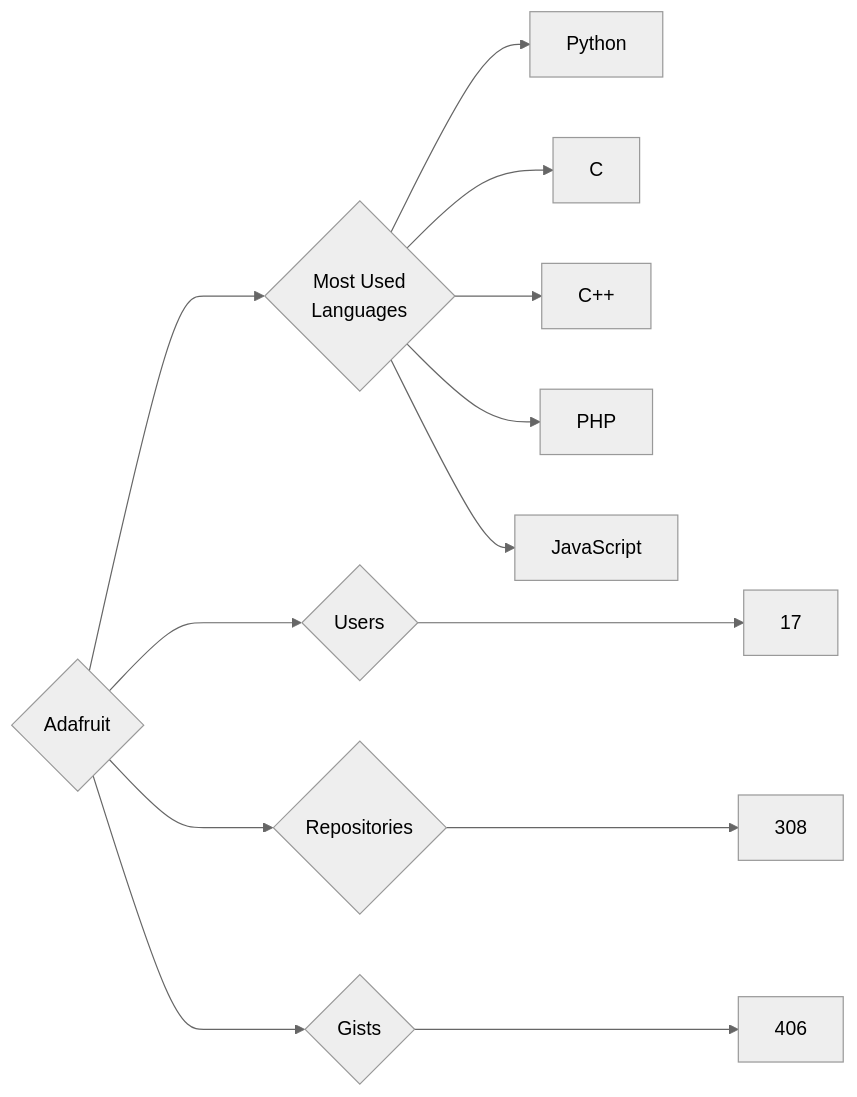
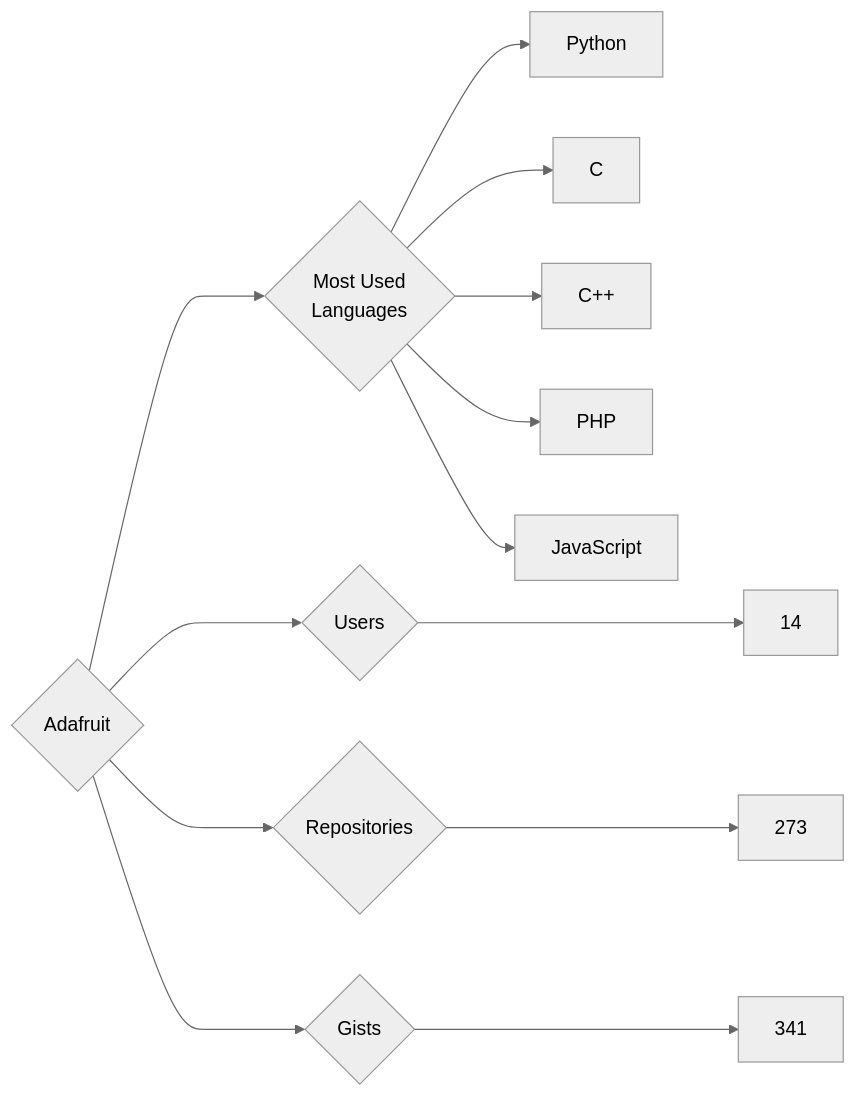
Before and after one commit to trickest/insiders: the diagram in targets/Adafruit/README.md, drawn with Mermaid (neutral theme). The commit also changed 930 other files, not shown here.

````diff
--- a/targets/Adafruit/README.md
+++ b/targets/Adafruit/README.md
@@ -3,13 +3,13 @@
 ```mermaid
 graph LR
 COMPANY_NAME{Adafruit}
-COMPANY_NAME ---> U{Users} ---> UN[17]
-COMPANY_NAME ---> R{Repositories} ---> RN[308]
-COMPANY_NAME ---> G{Gists} ---> GN[406]
+COMPANY_NAME ---> U{Users} ---> UN[14]
+COMPANY_NAME ---> R{Repositories} ---> RN[273]
+COMPANY_NAME ---> G{Gists} ---> GN[341]
 COMPANY_NAME ---> ML{Most Used<br>Languages}
 ML --> Python[Python]
 ML --> C[C]
 ML --> C++[C++]
 ML --> PHP[PHP]
 ML --> JavaScript[JavaScript]
 ```
````
